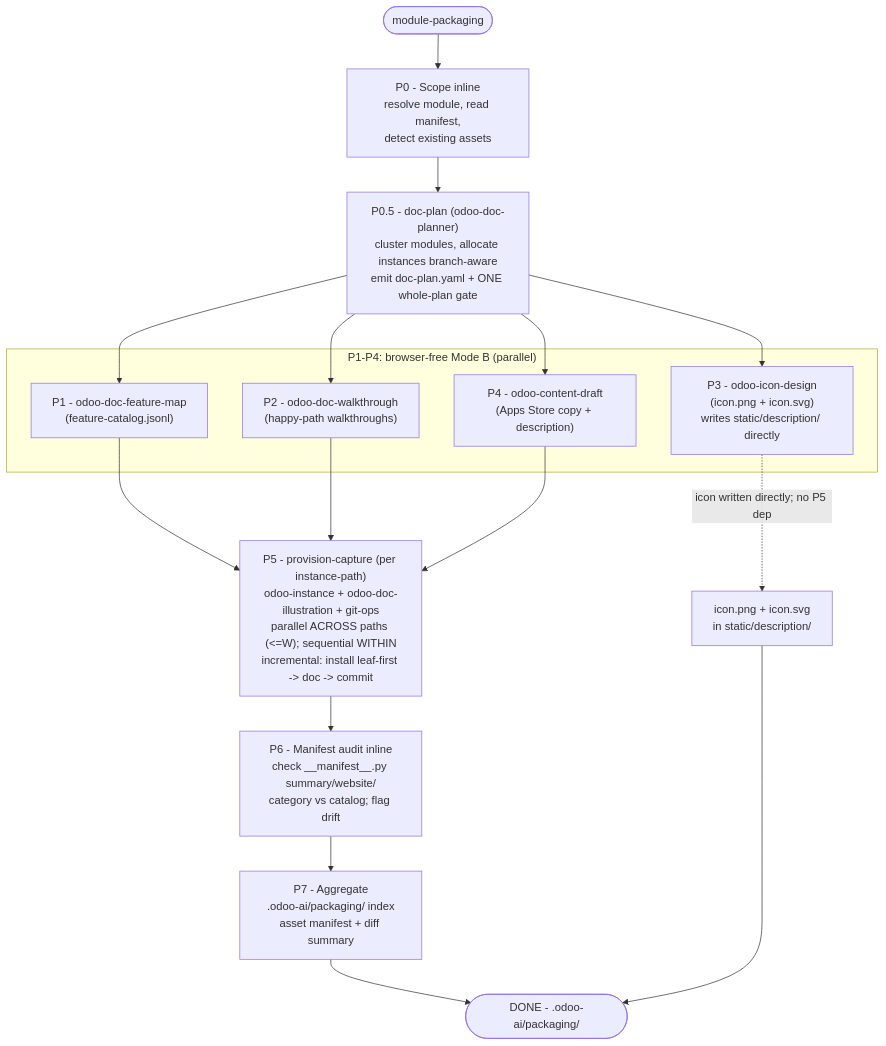
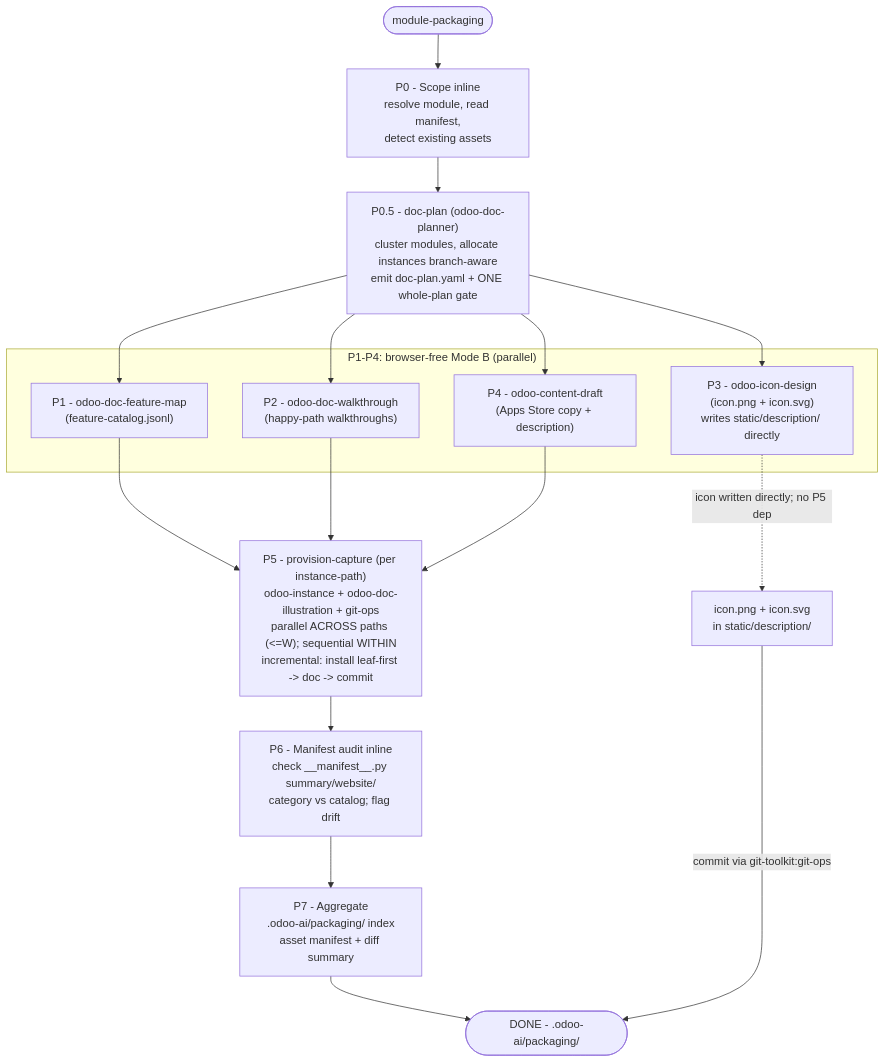
Before and after one commit to Viindoo/odoo-mcp-client: the eighth of 8 diagrams in plugins/odoo-ai-agents/README.md, drawn with Mermaid. The commit also changed other lines of this file and 19 other files, not shown here.

First line of the commit message:
feat(odoo-ai-agents): every actor commits via git-ops, coding lands

````diff
--- a/plugins/odoo-ai-agents/README.md
+++ b/plugins/odoo-ai-agents/README.md
@@ -542,31 +546,31 @@
 ```mermaid
 flowchart TD
     PKG_START(["module-packaging"])
     PKG_START --> PKG_P0["P0 - Scope inline<br/>resolve module, read manifest,<br/>detect existing assets"]
 
     PKG_P0 --> PKG_P05["P0.5 - doc-plan (odoo-doc-planner)<br/>cluster modules, allocate instances branch-aware<br/>emit doc-plan.yaml + ONE whole-plan gate"]
 
     subgraph PKG_FANOUT["P1-P4: browser-free Mode B (parallel)"]
         PKG_P1["P1 - odoo-doc-feature-map<br/>(feature-catalog.jsonl)"]
         PKG_P2["P2 - odoo-doc-walkthrough<br/>(happy-path walkthroughs)"]
         PKG_P3["P3 - odoo-icon-design<br/>(icon.png + icon.svg)<br/>writes static/description/ directly"]
         PKG_P4["P4 - odoo-content-draft<br/>(Apps Store copy + description)"]
     end
 
     PKG_P05 --> PKG_P1
     PKG_P05 --> PKG_P2
     PKG_P05 --> PKG_P3
     PKG_P05 --> PKG_P4
 
     PKG_P1 --> PKG_P5["P5 - provision-capture (per instance-path)<br/>odoo-instance + odoo-doc-illustration + git-ops<br/>parallel ACROSS paths (<=W); sequential WITHIN<br/>incremental: install leaf-first -> doc -> commit"]
     PKG_P2 --> PKG_P5
     PKG_P4 --> PKG_P5
     PKG_P3 -. "icon written directly; no P5 dep" .-> PKG_ICON["icon.png + icon.svg<br/>in static/description/"]
 
     PKG_P5 --> PKG_P6["P6 - Manifest audit inline<br/>check __manifest__.py summary/website/<br/>category vs catalog; flag drift"]
 
     PKG_P6 --> PKG_P7["P7 - Aggregate<br/>.odoo-ai/packaging/ index<br/>asset manifest + diff summary"]
 
     PKG_P7 --> PKG_DONE(["DONE - .odoo-ai/packaging/"])
-    PKG_ICON --> PKG_DONE
+    PKG_ICON -- "commit via git-toolkit:git-ops" --> PKG_DONE
 ```
````
